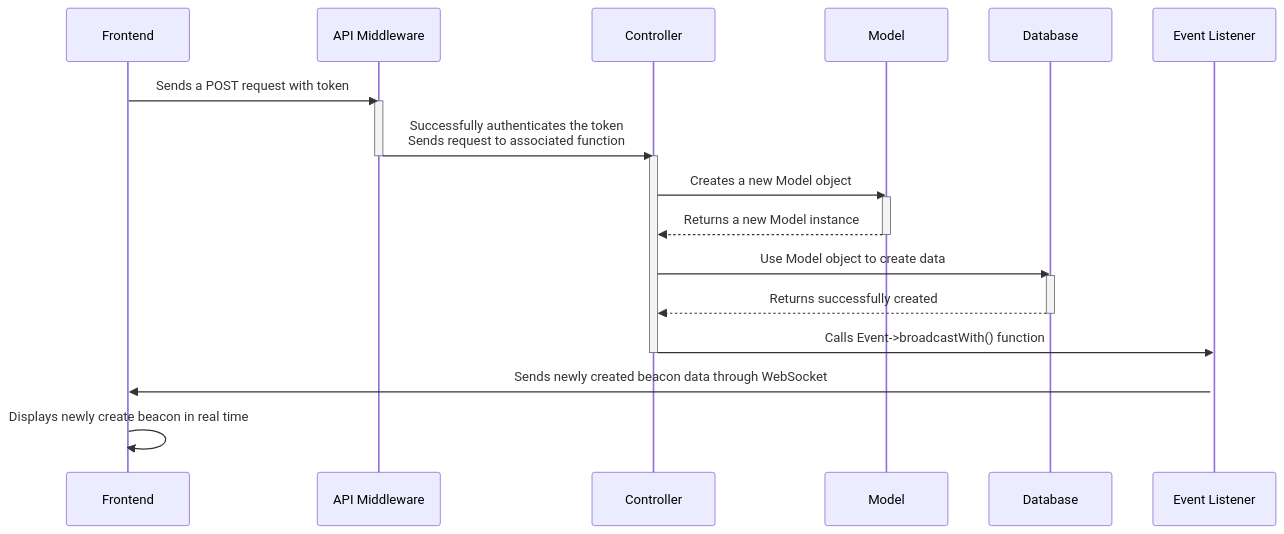
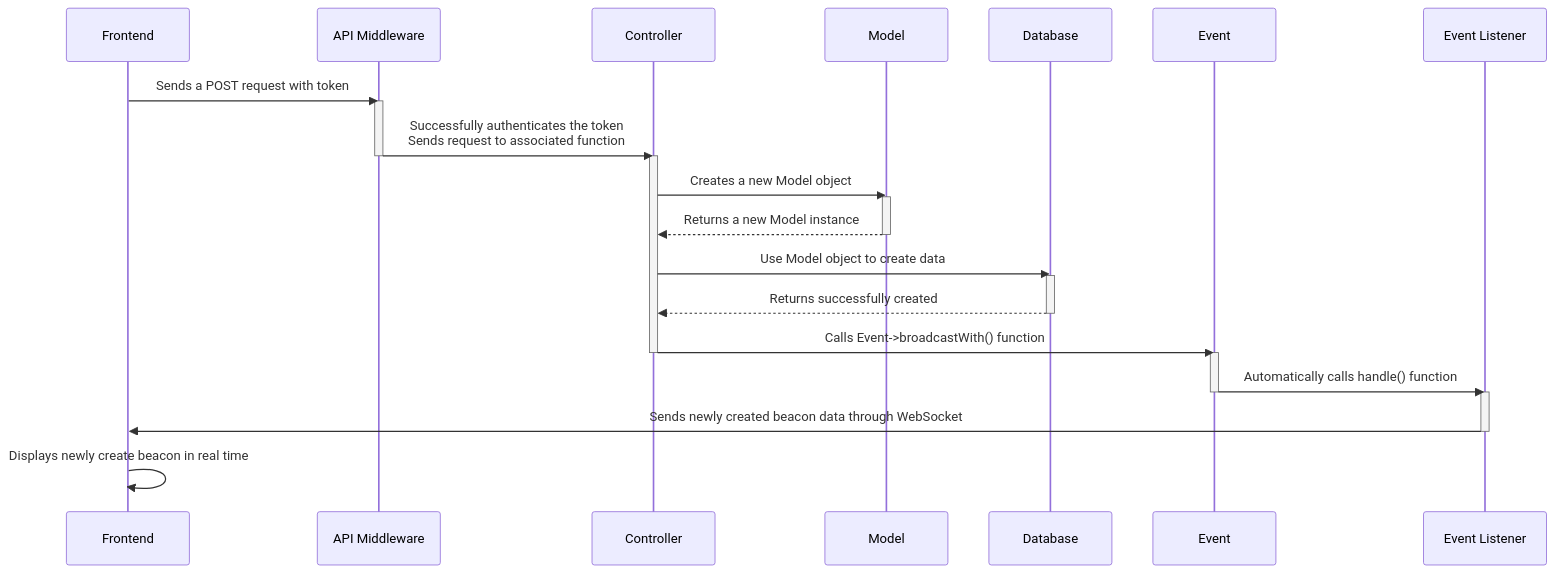
One commit to jenniferlieu/project-lomo-in-person-gaming-app changed the second of 2 diagrams in documentation/resources/backend-overview.md. Above: the diagram before and after it, drawn with Mermaid. The commit also changed other lines of this file and 1 other file, not shown here.

Commit message:
Update quick start guides and data flow chart

````diff
--- a/documentation/resources/backend-overview.md
+++ b/documentation/resources/backend-overview.md
@@ -42,34 +45,38 @@
 ```mermaid
 sequenceDiagram
   participant Frontend
   participant API Middleware
   participant Controller
   participant Model
   participant Database
+  participant Event
   participant Event Listener
 
   Frontend->>API Middleware: Sends a POST request with token
   activate API Middleware
   
   API Middleware->>Controller: Successfully authenticates the token<br>Sends request to associated function
   deactivate API Middleware
   activate Controller
 
   Controller->>Model: Creates a new Model object
   activate Model
   Model-->>Controller: Returns a new Model instance
   deactivate Model
 
   Controller->>Database: Use Model object to create data
   activate Database
   Database-->>Controller: Returns successfully created
   deactivate Database
   
-  Controller->>Event Listener: Calls Event->broadcastWith() function
+  Controller->>Event: Calls Event->broadcastWith() function
   deactivate Controller
+  activate Event
+  Event->>Event Listener: Automatically calls handle() function
+  deactivate Event
   activate Event Listener
-
   Event Listener->>Frontend: Sends newly created beacon data through WebSocket
+  deactivate Event Listener
 
   Frontend->>Frontend: Displays newly create beacon in real time
 ```
````
